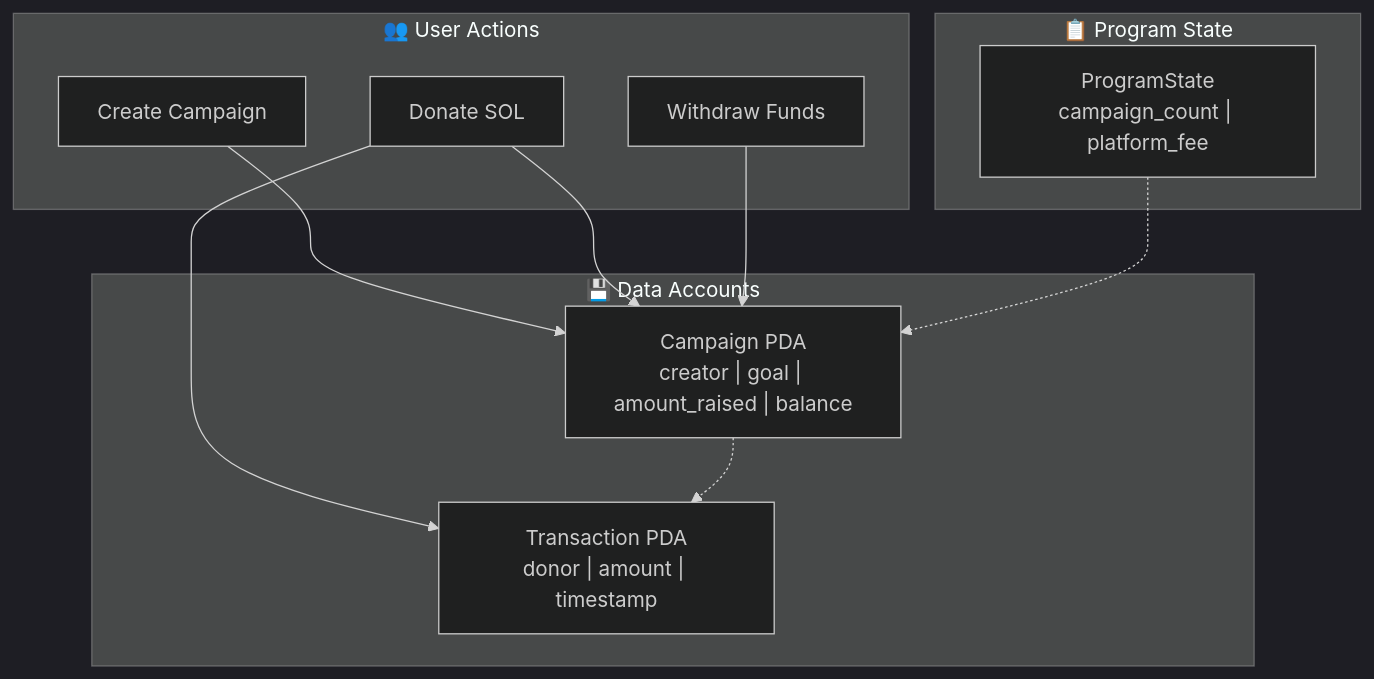
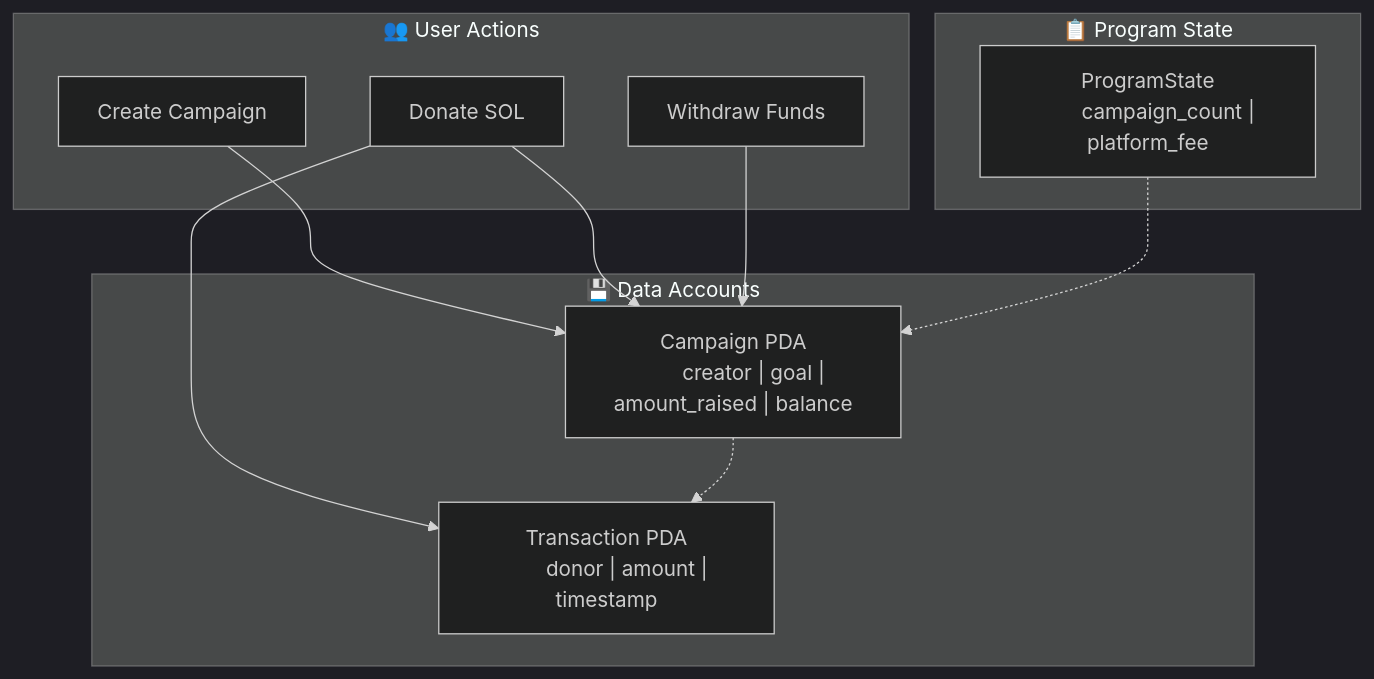
One commit to Subodhkd001/Q4_25_Builder_Subodhkd001 changed the diagram in README.md. Above: the diagram before and after it, drawn with Mermaid (dark theme). The commit also changed other lines of this file, not shown here.

````diff
--- a/README.md
+++ b/README.md
@@ -68,24 +74,27 @@
 ```mermaid
 graph TB
     subgraph Flow["👥 User Actions"]
         F1[Create Campaign]
         F2[Donate SOL]
         F3[Withdraw Funds]
     end
     
     subgraph State["📋 Program State"]
-        PS["ProgramState<br/>campaign_count | platform_fee"]
+        PS["ProgramState
+        campaign_count | platform_fee"]
     end
     
     subgraph Accounts["💾 Data Accounts"]
-        A1["Campaign PDA<br/>creator | goal | amount_raised | balance"]
-        A2["Transaction PDA<br/>donor | amount | timestamp"]
+        A1["Campaign PDA
+        creator | goal | amount_raised | balance"]
+        A2["Transaction PDA
+        donor | amount | timestamp"]
     end
     
     F1 --> A1
     F2 --> A1
     F2 --> A2
     F3 --> A1
     PS -.-> A1
     A1 -.-> A2
 ```
````
